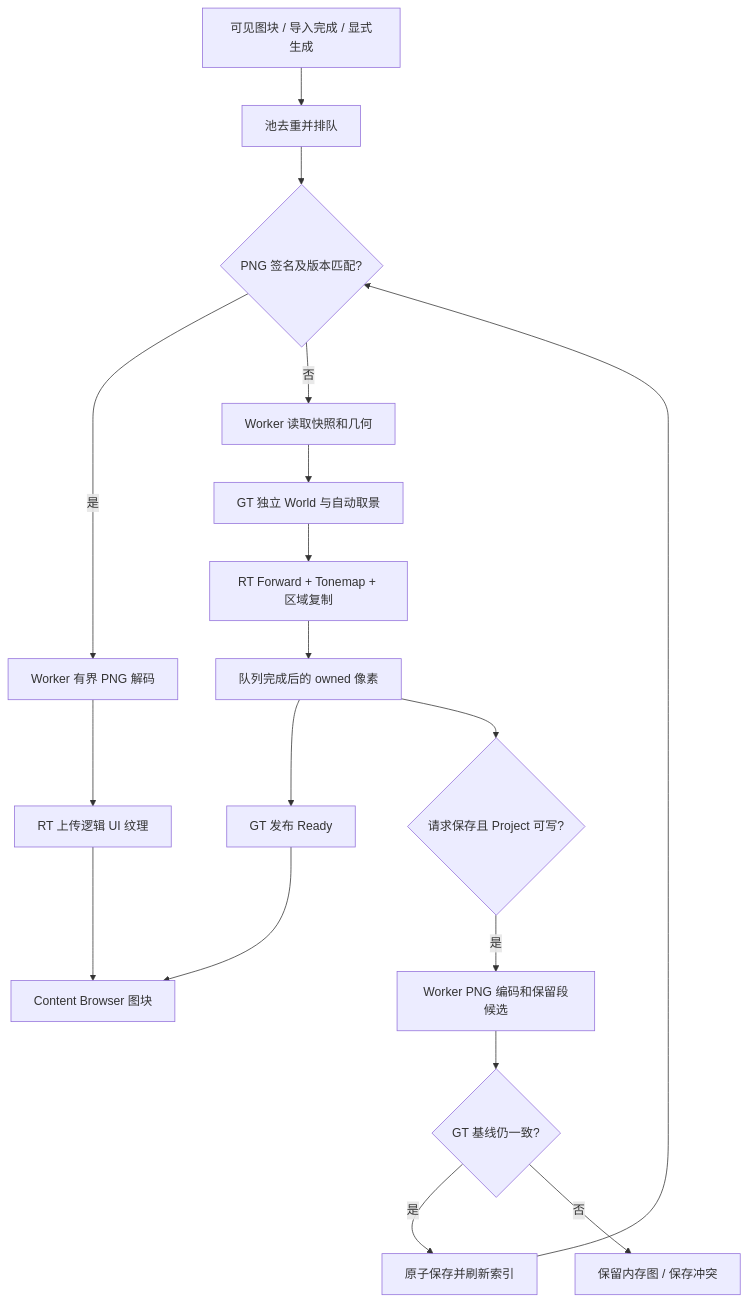
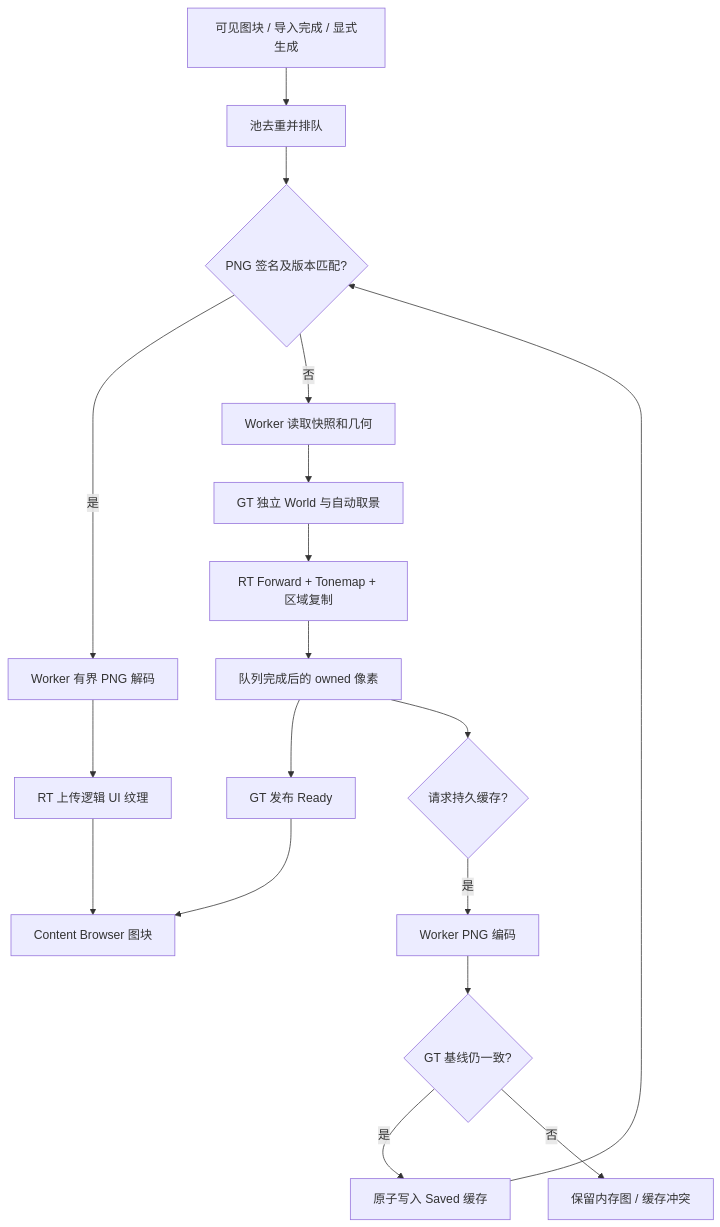
One commit to liuwancheng/toy3d changed the diagram in document/asset-thumbnail-design.md. Above: the diagram before and after it, drawn with Mermaid. The commit also changed other lines of this file and 63 other files, not shown here.

````diff
--- a/document/asset-thumbnail-design.md
+++ b/document/asset-thumbnail-design.md
@@ -118,20 +113,20 @@
 ```mermaid
 flowchart TD
     A[可见图块 / 导入完成 / 显式生成] --> B[池去重并排队]
     B --> C{PNG 签名及版本匹配?}
     C -->|是| D[Worker 有界 PNG 解码]
     D --> E[RT 上传逻辑 UI 纹理]
     C -->|否| F[Worker 读取快照和几何]
     F --> G[GT 独立 World 与自动取景]
     G --> H[RT Forward + Tonemap + 区域复制]
     H --> I[队列完成后的 owned 像素]
     I --> J[GT 发布 Ready]
-    I --> K{请求保存且 Project 可写?}
-    K -->|是| L[Worker PNG 编码和保留段候选]
+    I --> K{请求持久缓存?}
+    K -->|是| L[Worker PNG 编码]
     L --> M{GT 基线仍一致?}
-    M -->|是| N[原子保存并刷新索引]
-    M -->|否| O[保留内存图 / 保存冲突]
+    M -->|是| N[原子写入 Saved 缓存]
+    M -->|否| O[保留内存图 / 缓存冲突]
     E --> P[Content Browser 图块]
     J --> P
     N --> C
 ```
````
